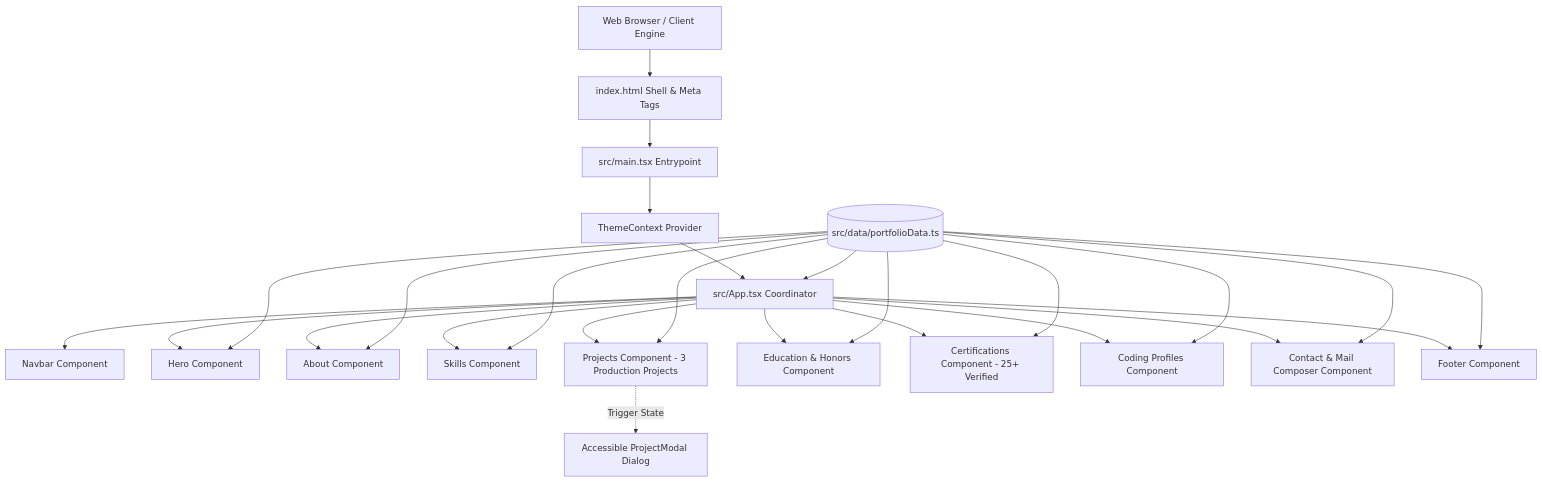
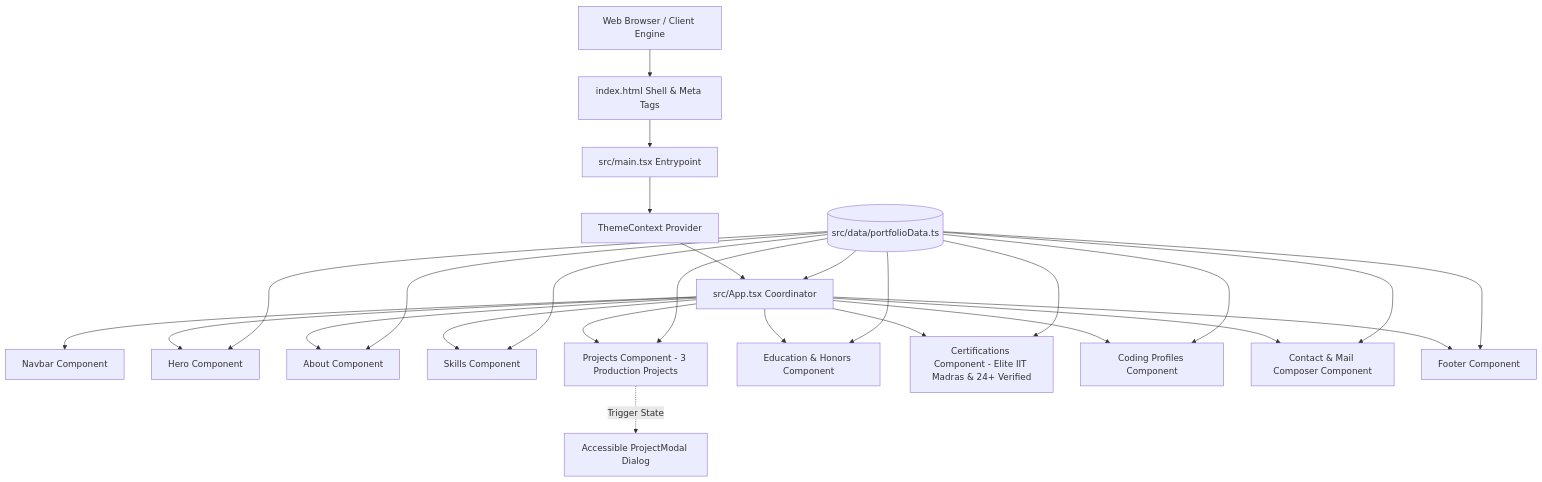
One commit to lavansh4725/portfolio changed the diagram in ARCHITECTURE.md. Above: the diagram before and after it, drawn with Mermaid. The commit also changed other lines of this file and 11 other files, not shown here.

Commit message:
fix: resolve theme switching, highlight IIT Madras Elite NPTEL certificate, update signature, email, and responsive styling

````diff
--- a/ARCHITECTURE.md
+++ b/ARCHITECTURE.md
@@ -11,31 +11,31 @@
 ```mermaid
 graph TD
     Client[Web Browser / Client Engine] --> HTML[index.html Shell & Meta Tags]
     HTML --> Main[src/main.tsx Entrypoint]
     Main --> ThemeProvider[ThemeContext Provider]
     ThemeProvider --> App[src/App.tsx Coordinator]
     
     App --> Navbar[Navbar Component]
     App --> Hero[Hero Component]
     App --> About[About Component]
     App --> Skills[Skills Component]
     App --> Projects[Projects Component - 3 Production Projects]
     App --> Education[Education & Honors Component]
-    App --> Certifications[Certifications Component - 25+ Verified]
+    App --> Certifications[Certifications Component - Elite IIT Madras & 24+ Verified]
     App --> Profiles[Coding Profiles Component]
     App --> Contact[Contact & Mail Composer Component]
     App --> Footer[Footer Component]
 
     Projects -.->|Trigger State| ProjectModal[Accessible ProjectModal Dialog]
     
     DataStore[(src/data/portfolioData.ts)] --> App
     DataStore --> Hero
     DataStore --> About
     DataStore --> Skills
     DataStore --> Projects
     DataStore --> Education
     DataStore --> Certifications
     DataStore --> Profiles
     DataStore --> Contact
     DataStore --> Footer
 ```
````
